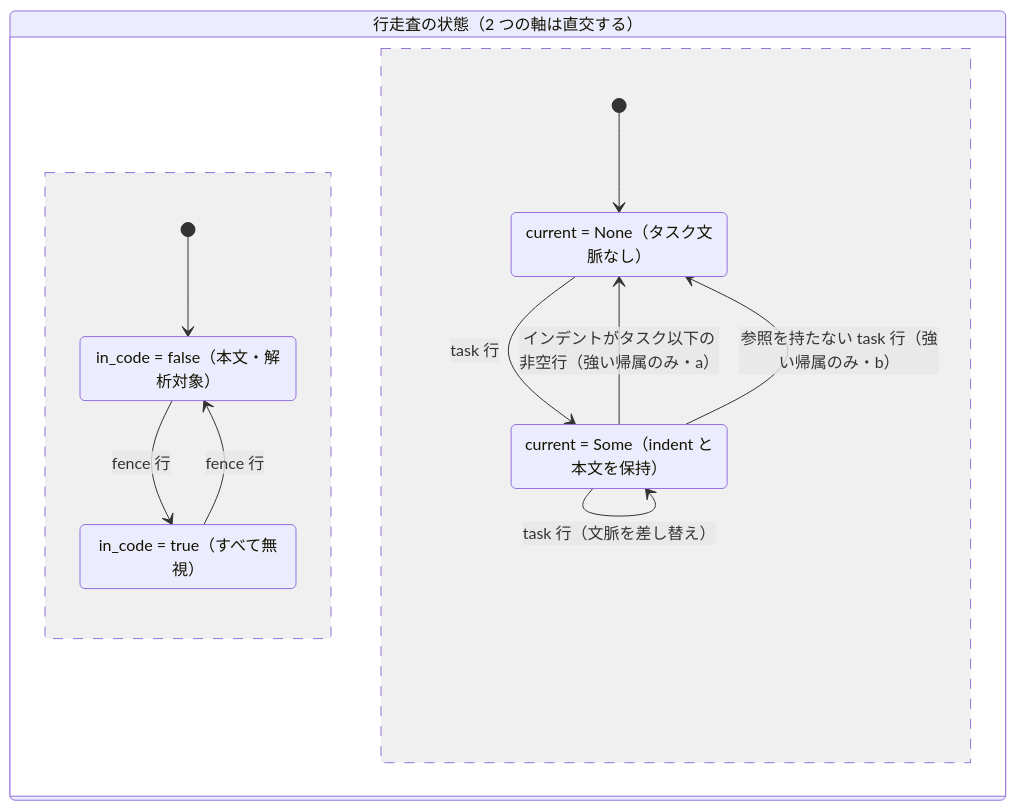
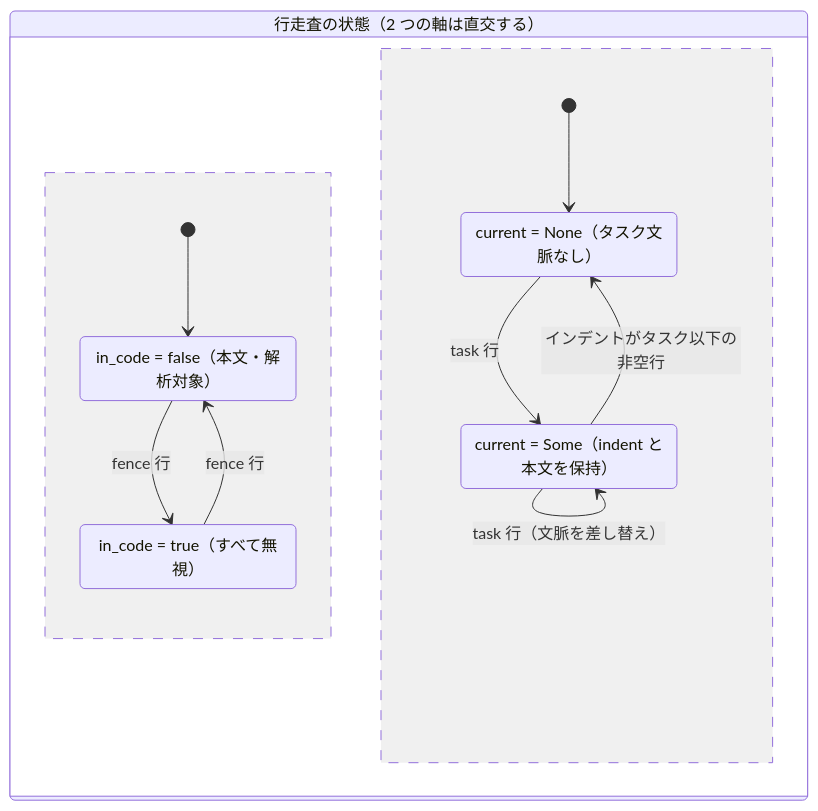
The first of 9 diagrams in docs/design.md (firstforest/daily-task-logger), drawn with Mermaid before and after one commit. The commit also changed other lines of this file and 5 other files, not shown here.

````diff
--- a/docs/design.md
+++ b/docs/design.md
@@ -107,18 +103,17 @@
 ```mermaid
 stateDiagram-v2
     state "行走査の状態（2 つの軸は直交する）" as Scan {
         [*] --> Body
         Body : in_code = false（本文・解析対象）
         Code : in_code = true（すべて無視）
         Body --> Code : fence 行
         Code --> Body : fence 行
         --
         [*] --> NoCtx
         NoCtx : current = None（タスク文脈なし）
         InCtx : current = Some（indent と本文を保持）
         NoCtx --> InCtx : task 行
         InCtx --> InCtx : task 行（文脈を差し替え）
-        InCtx --> NoCtx : インデントがタスク以下の非空行（強い帰属のみ・a）
-        InCtx --> NoCtx : 参照を持たない task 行（強い帰属のみ・b）
+        InCtx --> NoCtx : インデントがタスク以下の非空行
     }
 ```
````
